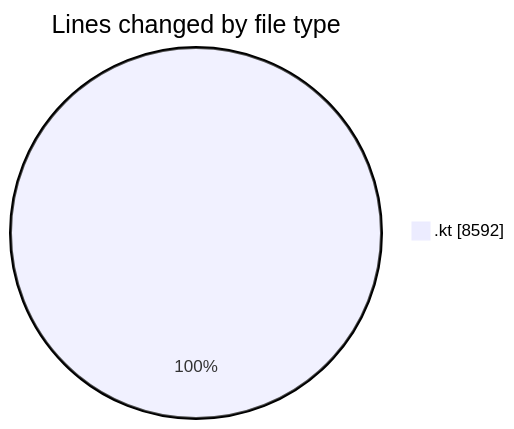
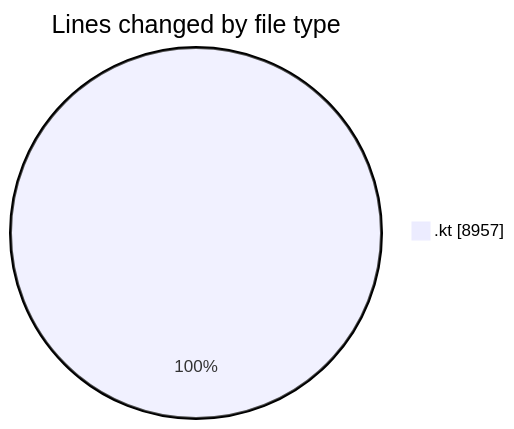
Before and after one commit to Unknowalive/code-tracking: the first of 2 diagrams in 2026-04-08/t2s/README.md, drawn with Mermaid. The commit also changed other lines of this file and 1 other file, not shown here.

````diff
--- a/2026-04-08/t2s/README.md
+++ b/2026-04-08/t2s/README.md
@@ -42,5 +43,5 @@
 ```mermaid
 pie showData
 title Lines changed by file type
-".kt" : 8592
+".kt" : 8957
 ```
````
